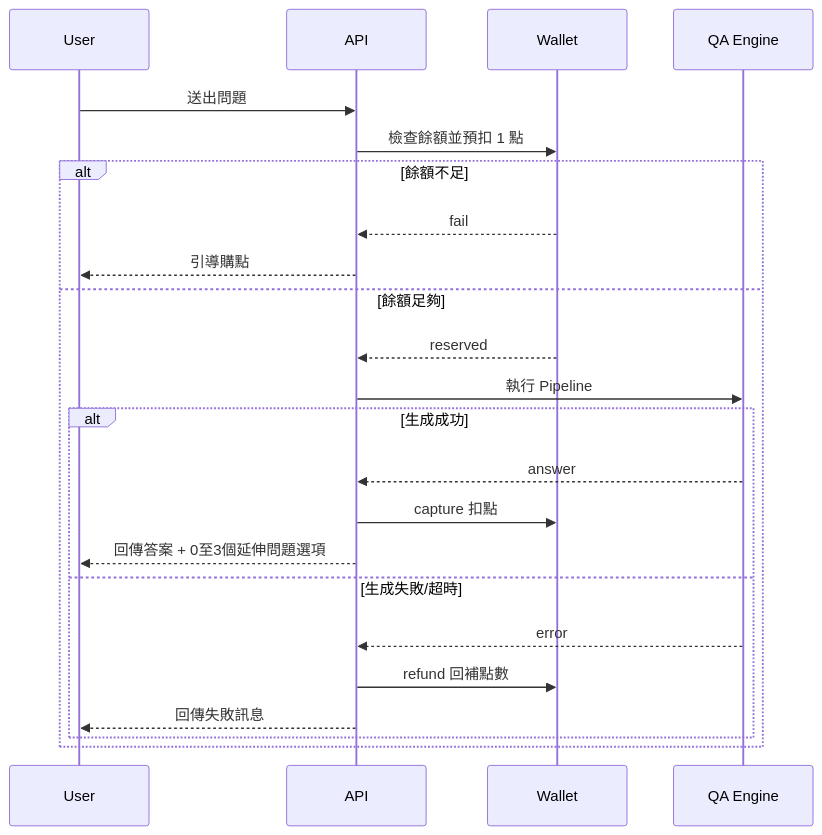
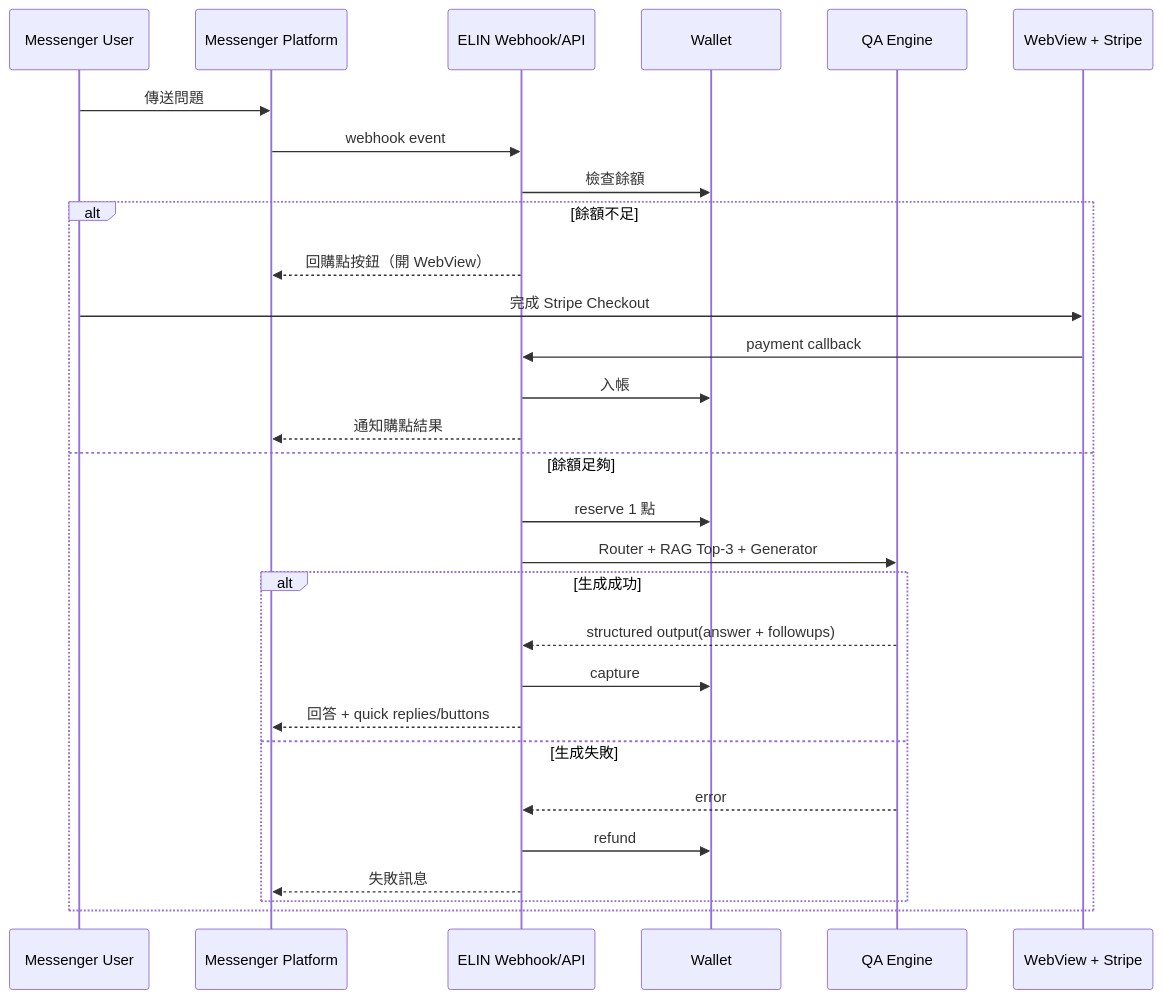
One commit to kevin1kevin1k/cyber-oracle changed the second of 2 diagrams in docs/PRD.md. Above: the diagram before and after it, drawn with Mermaid. The commit also changed other lines of this file and 18 other files, not shown here.

````diff
--- a/docs/PRD.md
+++ b/docs/PRD.md
@@ -87,25 +120,32 @@
 ```mermaid
 sequenceDiagram
-  participant U as User
-  participant API as API
+  participant U as Messenger User
+  participant MSG as Messenger Platform
+  participant API as ELIN Webhook/API
   participant W as Wallet
-  participant ENG as QA Engine
-  U->>API: 送出問題
-  API->>W: 檢查餘額並預扣 1 點
+  participant QA as QA Engine
+  participant WV as WebView + Stripe
+
+  U->>MSG: 傳送問題
+  MSG->>API: webhook event
+  API->>W: 檢查餘額
   alt 餘額不足
-    W-->>API: fail
-    API-->>U: 引導購點
+    API-->>MSG: 回購點按鈕（開 WebView）
+    U->>WV: 完成 Stripe Checkout
+    WV->>API: payment callback
+    API->>W: 入帳
+    API-->>MSG: 通知購點結果
   else 餘額足夠
-    W-->>API: reserved
-    API->>ENG: 執行 Pipeline
+    API->>W: reserve 1 點
+    API->>QA: Router + RAG Top-3 + Generator
     alt 生成成功
-      ENG-->>API: answer
-      API->>W: capture 扣點
-      API-->>U: 回傳答案 + 0至3個延伸問題選項
-    else 生成失敗/超時
-      ENG-->>API: error
-      API->>W: refund 回補點數
-      API-->>U: 回傳失敗訊息
+      QA-->>API: structured output(answer + followups)
+      API->>W: capture
+      API-->>MSG: 回答 + quick replies/buttons
+    else 生成失敗
+      QA-->>API: error
+      API->>W: refund
+      API-->>MSG: 失敗訊息
     end
   end
 ```
````
